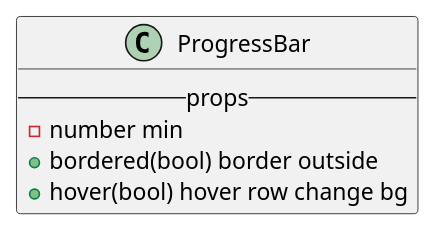
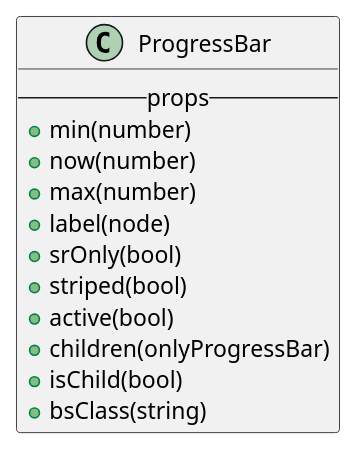
The diagram in react/bootstrap/progressbar.iuml (M9k/Marvin-Uml), drawn with PlantUML before and after one commit.

Commit message:
fix ProgressBar props

```diff
--- a/react/bootstrap/progressbar.iuml
+++ b/react/bootstrap/progressbar.iuml
@@ -1,6 +1,13 @@
 class ProgressBar{
     --props--
-        - number min
-        + bordered(bool) border outside
-        + hover(bool) hover row change bg
+        + min(number)
+        + now(number)
+        + max(number)
+        + label(node)
+        + srOnly(bool)
+        + striped(bool)
+        + active(bool)
+        + children(onlyProgressBar)
+        + isChild(bool)
+        + bsClass(string)
 }
```
